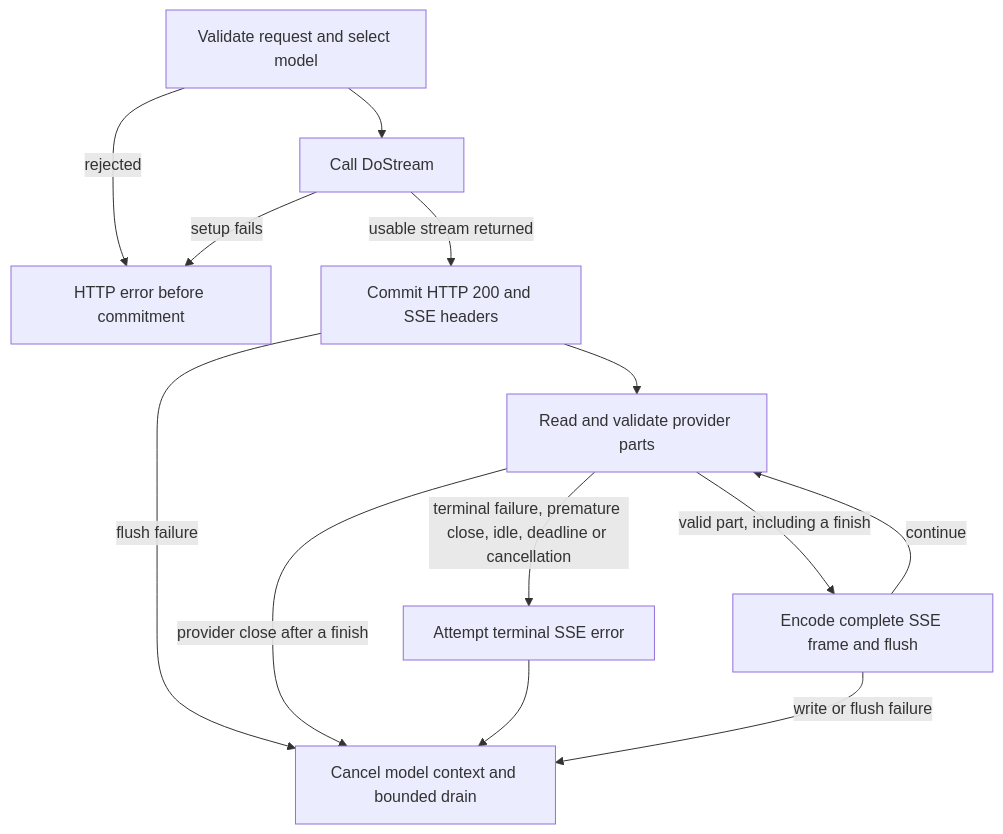
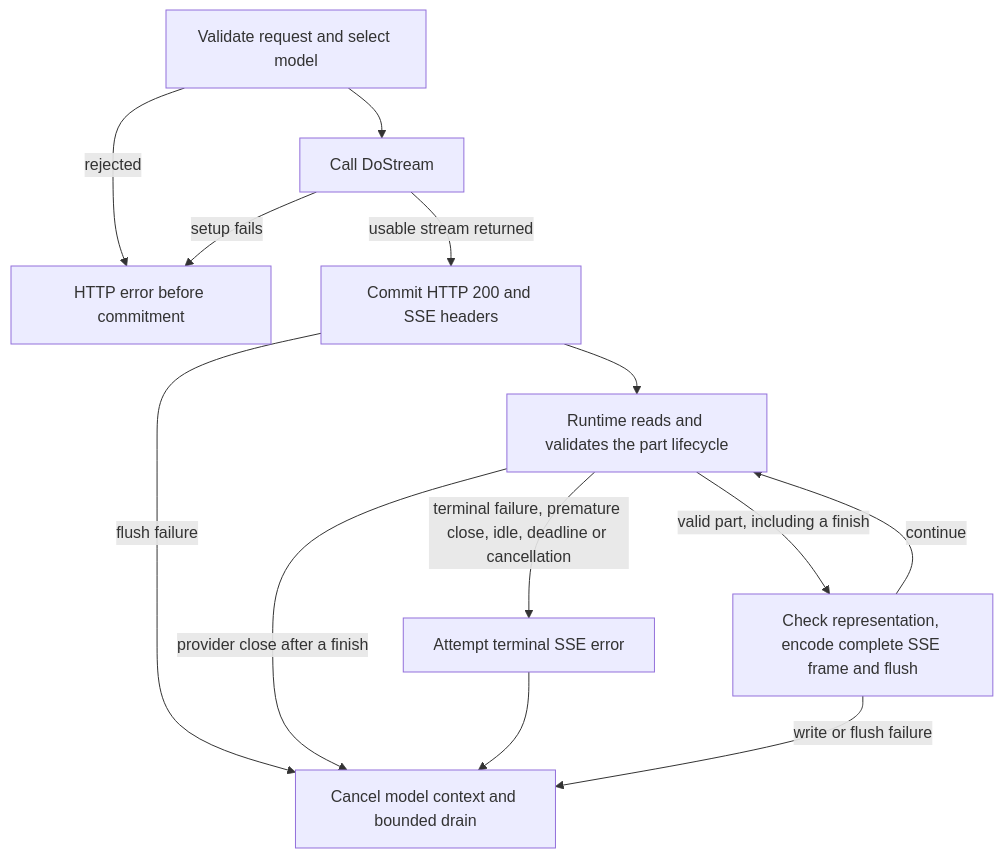
Before and after one commit to grafana/ai-sdk: the third of 3 diagrams in docs/concepts/gateway-architecture.md, drawn with Mermaid. The commit also changed other lines of this file and 4 other files, not shown here.

First line of the commit message:
docs(ai-gateway): name the runtime as the owner of output lifecycle validation

````diff
--- a/docs/concepts/gateway-architecture.md
+++ b/docs/concepts/gateway-architecture.md
@@ -199,15 +199,15 @@
 ```mermaid
 flowchart TD
   request[Validate request and select model] --> setup[Call DoStream]
   request -->|rejected| httpError[HTTP error before commitment]
   setup -->|setup fails| httpError
   setup -->|usable stream returned| commit[Commit HTTP 200 and SSE headers]
-  commit --> read[Read and validate provider parts]
+  commit --> read[Runtime reads and validates the part lifecycle]
   commit -->|flush failure| cleanup
-  read -->|valid part, including a finish| frame[Encode complete SSE frame and flush]
+  read -->|valid part, including a finish| frame[Check representation, encode complete SSE frame and flush]
   frame -->|continue| read
   read -->|provider close after a finish| cleanup[Cancel model context and bounded drain]
   read -->|terminal failure, premature close, idle, deadline or cancellation| terminal[Attempt terminal SSE error]
   terminal --> cleanup
   frame -->|write or flush failure| cleanup
 ```
````
